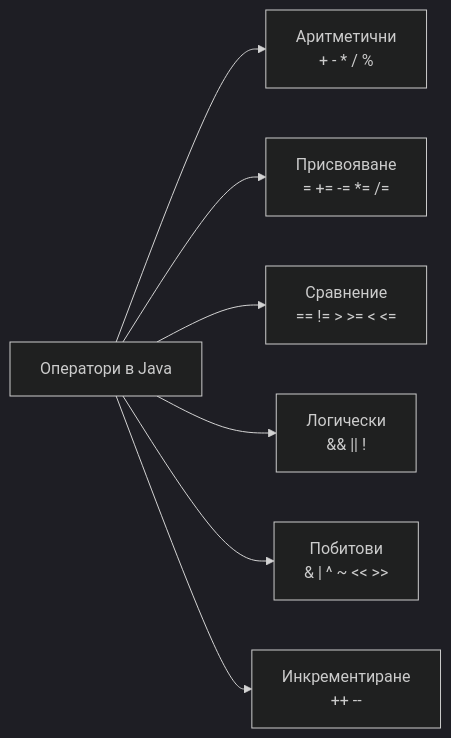
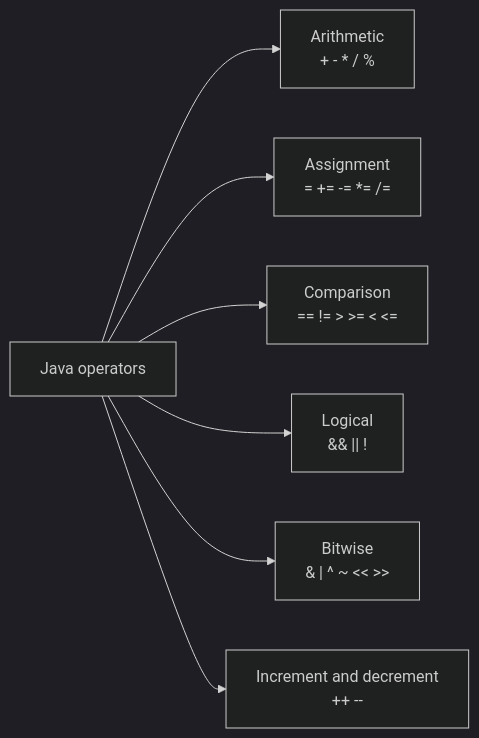
Before and after one commit to programmingfundamental/courses: the diagram in src/content/docs/en/obektno-orientirano-programirane-1-chast/laboratorno-uprazhnenie-01/tipove-danni-operatori/07-operatori.md, drawn with Mermaid (dark theme). The commit also changed other lines of this file and 14 other files, not shown here.

````diff
--- a/src/content/docs/en/obektno-orientirano-programirane-1-chast/laboratorno-uprazhnenie-01/tipove-danni-operatori/07-operatori.md
+++ b/src/content/docs/en/obektno-orientirano-programirane-1-chast/laboratorno-uprazhnenie-01/tipove-danni-operatori/07-operatori.md
@@ -11,9 +11,9 @@
 ```mermaid
 flowchart LR
-    A["Оператори в Java"] --> B["Аритметични<br/>+ - * / %"]
-    A --> C["Присвояване<br/>= += -= *= /="]
-    A --> D["Сравнение<br/>== != &gt; &gt;= &lt; &lt;="]
-    A --> E["Логически<br/>&amp;&amp; || !"]
-    A --> F["Побитови<br/>&amp; | ^ ~ &lt;&lt; &gt;&gt;"]
-    A --> G["Инкрементиране<br/>++ --"]
+    A["Java operators"] --> B["Arithmetic<br/>+ - * / %"]
+    A --> C["Assignment<br/>= += -= *= /="]
+    A --> D["Comparison<br/>== != &gt; &gt;= &lt; &lt;="]
+    A --> E["Logical<br/>&amp;&amp; || !"]
+    A --> F["Bitwise<br/>&amp; | ^ ~ &lt;&lt; &gt;&gt;"]
+    A --> G["Increment and decrement<br/>++ --"]
 ```
````
